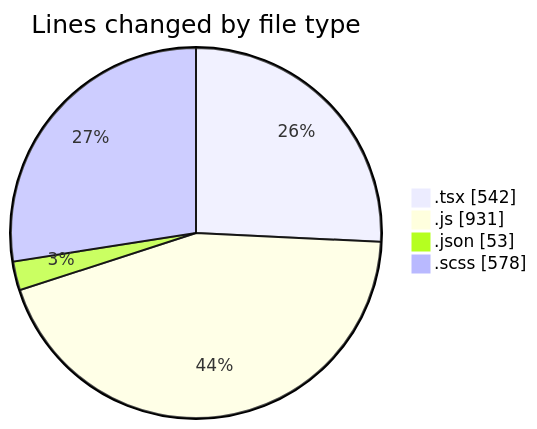
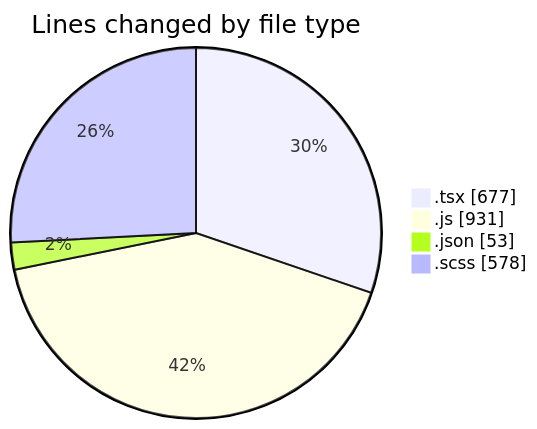
The first of 2 diagrams in 2025-05-28/elitesun/README.md (Elitesun/code-tracking), drawn with Mermaid before and after one commit. The commit also changed other lines of this file and 1 other file, not shown here.

````diff
--- a/2025-05-28/elitesun/README.md
+++ b/2025-05-28/elitesun/README.md
@@ -29,8 +30,8 @@
 ```mermaid
 pie showData
 title Lines changed by file type
-".tsx" : 542
+".tsx" : 677
 ".js" : 931
 ".json" : 53
 ".scss" : 578
 ```
````
